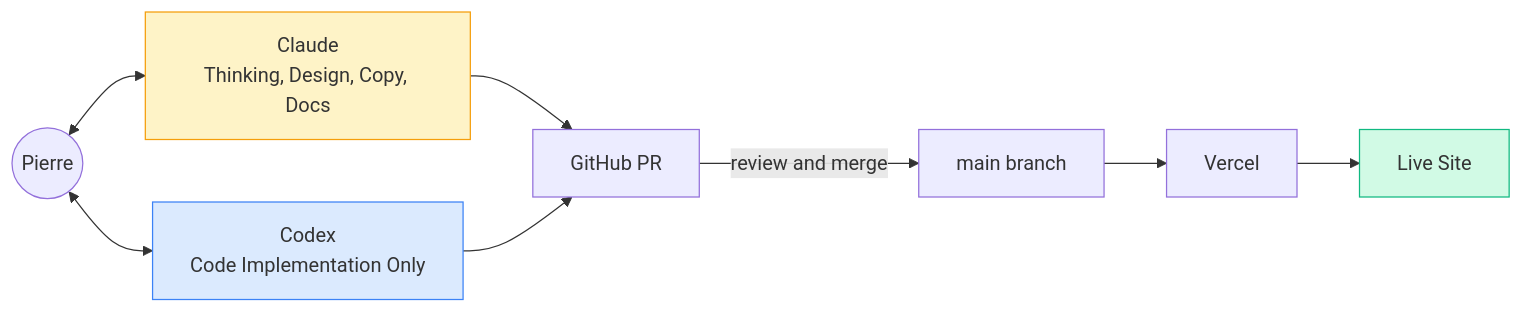
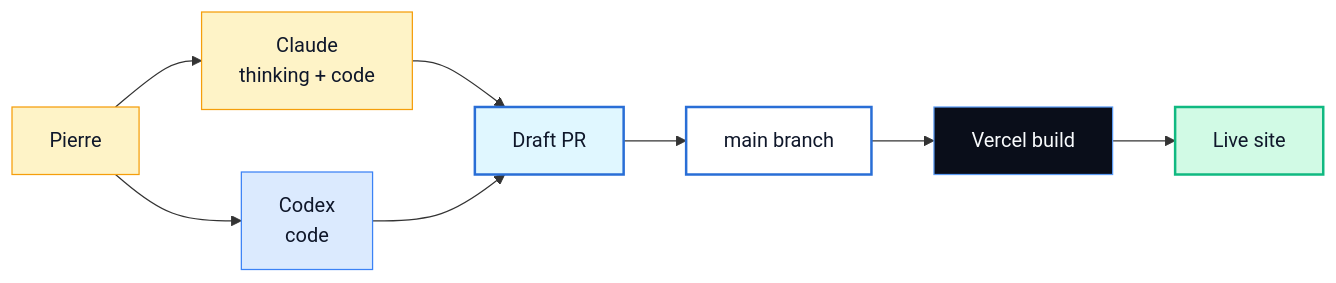
One commit to belonsavon-sys/portfolio changed the diagram in README.md. Above: the diagram before and after it, drawn with Mermaid. The commit also changed other lines of this file and 3 other files, not shown here.

````diff
--- a/README.md
+++ b/README.md
@@ -76,22 +59,25 @@
 ```mermaid
 flowchart LR
-    Pierre((Pierre))
-    Claude["Claude<br/>Thinking, Design, Copy, Docs"]
-    Codex["Codex<br/>Code Implementation Only"]
-    PR[GitHub PR]
-    Main[main branch]
-    Vercel[Vercel]
-    Live[Live Site]
+  Pierre[Pierre]
+  Claude[Claude<br/>thinking + code]
+  Codex[Codex<br/>code]
+  PR[Draft PR]
+  Main[main branch]
+  Vercel[Vercel build]
+  Live[Live site]
 
-    Pierre <--> Claude
-    Pierre <--> Codex
-    Claude --> PR
-    Codex --> PR
-    PR -->|review and merge| Main
-    Main --> Vercel
-    Vercel --> Live
+  Pierre --> Claude
+  Pierre --> Codex
+  Claude --> PR
+  Codex --> PR
+  PR --> Main
+  Main --> Vercel --> Live
 
-    style Claude fill:#fef3c7,stroke:#f59e0b
-    style Codex fill:#dbeafe,stroke:#3b82f6
-    style Live fill:#d1fae5,stroke:#10b981
+  style Pierre fill:#fef3c7,stroke:#f59e0b,color:#0f172a
+  style Claude fill:#fef3c7,stroke:#f59e0b,color:#0f172a
+  style Codex fill:#dbeafe,stroke:#3b82f6,color:#0f172a
+  style PR fill:#e0f7ff,stroke:#296ed6,color:#0f172a,stroke-width:2px
+  style Main fill:#ffffff,stroke:#296ed6,color:#0f172a,stroke-width:2px
+  style Vercel fill:#0a0e1a,stroke:#5b9bf4,color:#f8fafc
+  style Live fill:#d1fae5,stroke:#10b981,color:#0f172a,stroke-width:2px
 ```
````
